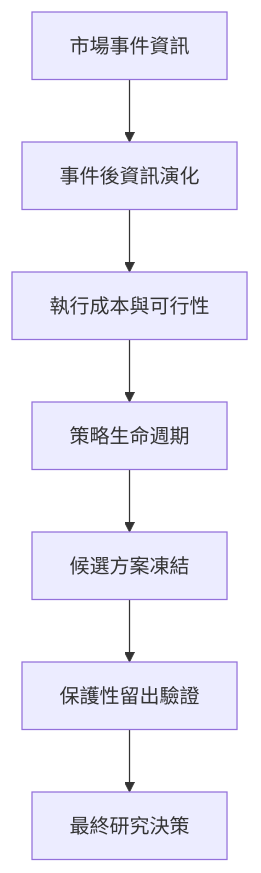
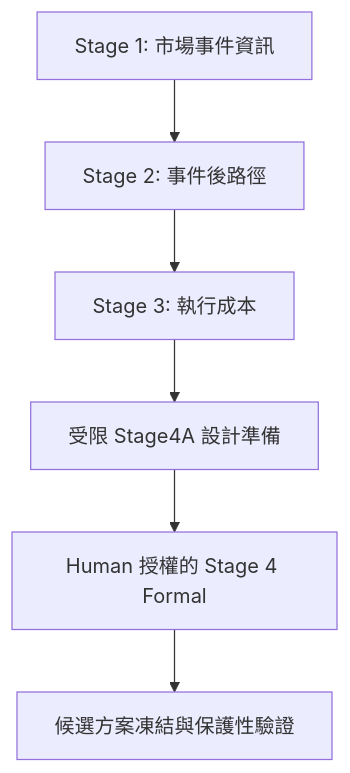
One commit to terrylu930119/crypto-research-platform changed the diagram in RESEARCH_METHODOLOGY.zh-TW.md. Above: the diagram before and after it, drawn with Mermaid. The commit also changed other lines of this file and 9 other files, not shown here.

````diff
--- a/RESEARCH_METHODOLOGY.zh-TW.md
+++ b/RESEARCH_METHODOLOGY.zh-TW.md
@@ -7,9 +7,8 @@
 ```mermaid
 flowchart TD
-    A[市場事件資訊] --> B[事件後資訊演化]
-    B --> C[執行成本與可行性]
-    C --> D[策略生命週期]
-    D --> E[候選方案凍結]
-    E --> F[保護性留出驗證]
-    F --> G[最終研究決策]
+    A[Stage 1: 市場事件資訊] --> B[Stage 2: 事件後路徑]
+    B --> C[Stage 3: 執行成本]
+    C --> D[受限 Stage4A 設計準備]
+    D --> E[Human 授權的 Stage 4 Formal]
+    E --> F[候選方案凍結與保護性驗證]
 ```
````
